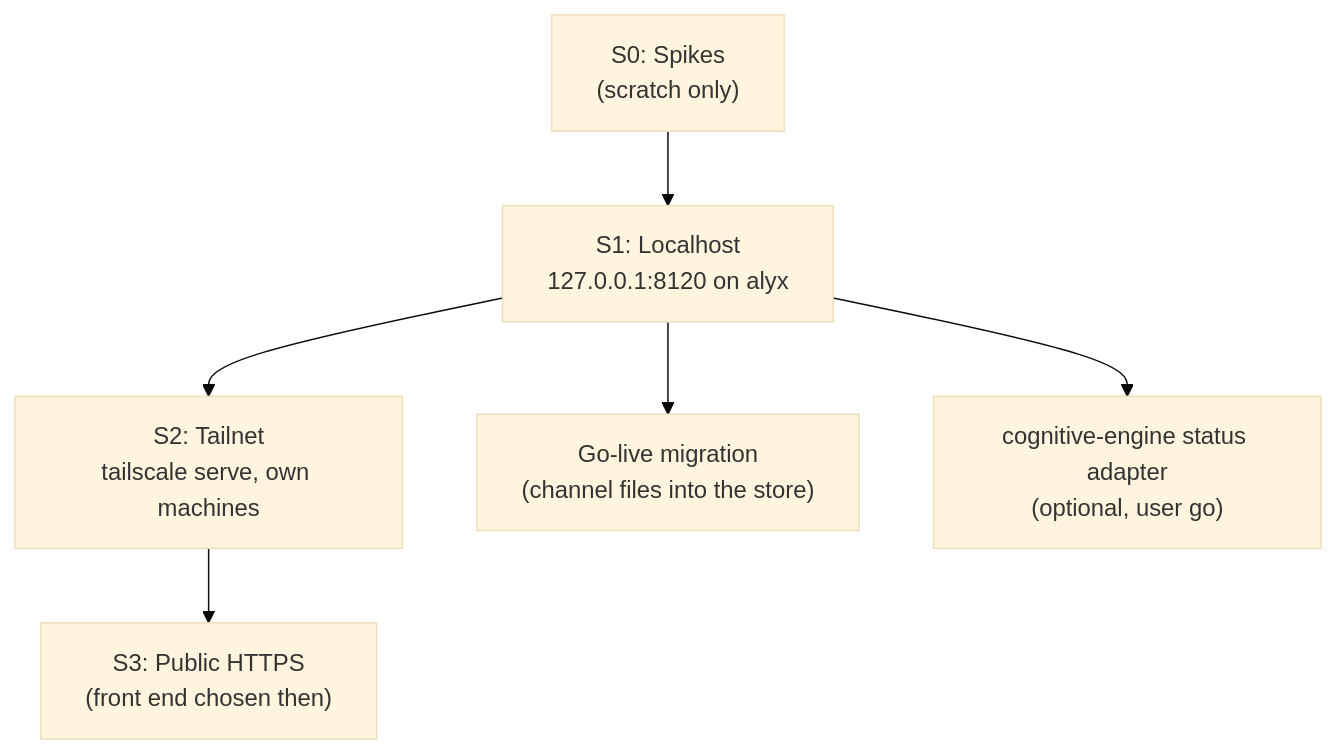
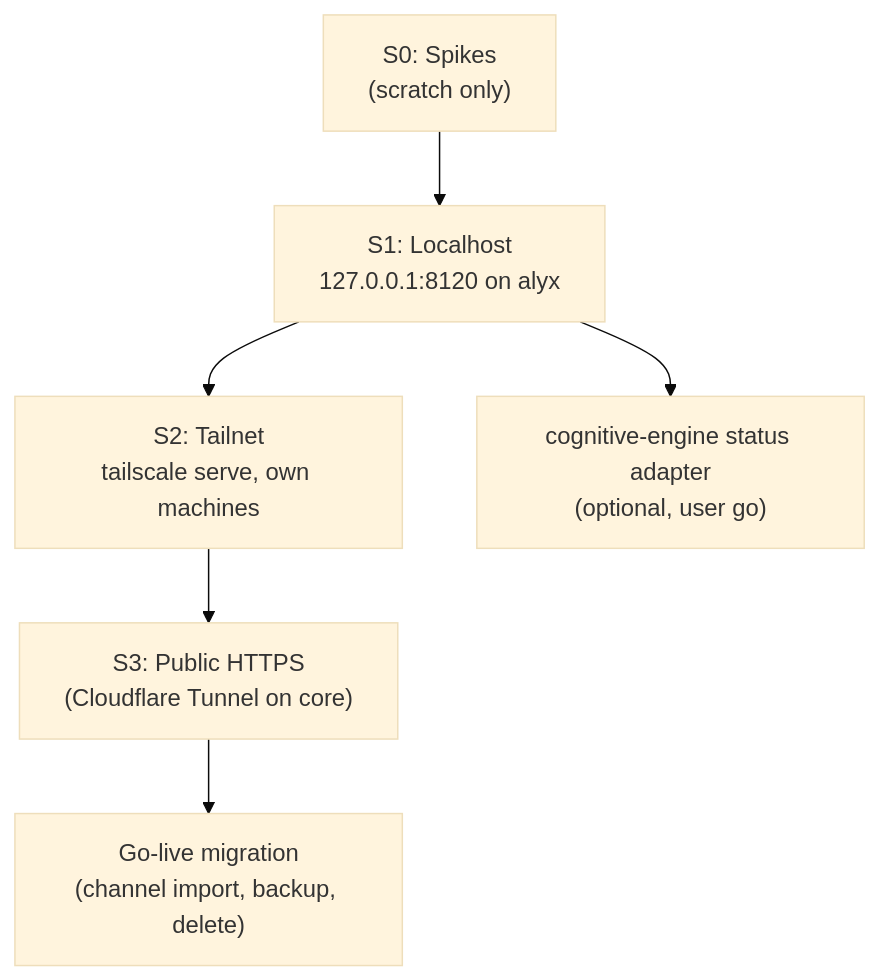
One commit to rockad/agentic-hub changed the second of 2 diagrams in plugins/coordination/docs/plans/consolidated-bridge-v2-plan.md. Above: the diagram before and after it, drawn with Mermaid (base theme). The commit also changed other lines of this file and 12 other files, not shown here.

````diff
--- a/plugins/coordination/docs/plans/consolidated-bridge-v2-plan.md
+++ b/plugins/coordination/docs/plans/consolidated-bridge-v2-plan.md
@@ -167,8 +187,8 @@
 ```mermaid
 flowchart TD
     S0["S0: Spikes<br/>(scratch only)"] --> S1["S1: Localhost<br/>127.0.0.1:8120 on alyx"]
     S1 --> S2["S2: Tailnet<br/>tailscale serve, own machines"]
-    S1 --> GL["Go-live migration<br/>(channel files into the store)"]
     S1 --> CEA["cognitive-engine status adapter<br/>(optional, user go)"]
-    S2 --> S3["S3: Public HTTPS<br/>(front end chosen then)"]
+    S2 --> S3["S3: Public HTTPS<br/>(Cloudflare Tunnel on core)"]
+    S3 --> GL["Go-live migration<br/>(channel import, backup, delete)"]
 ```
````
